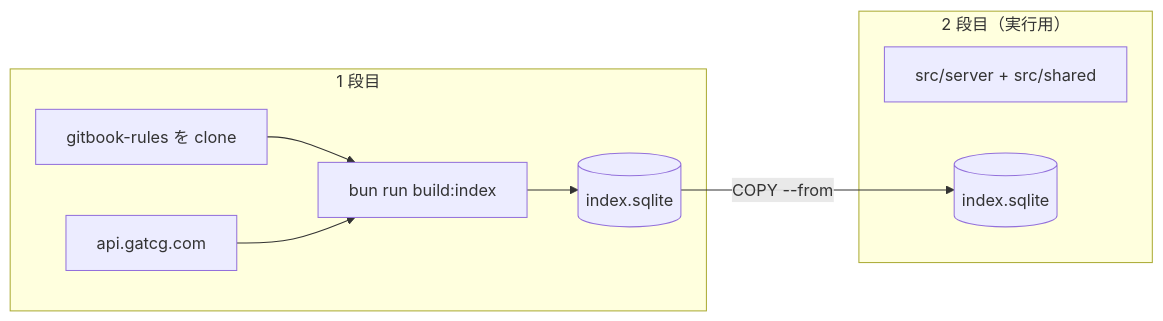
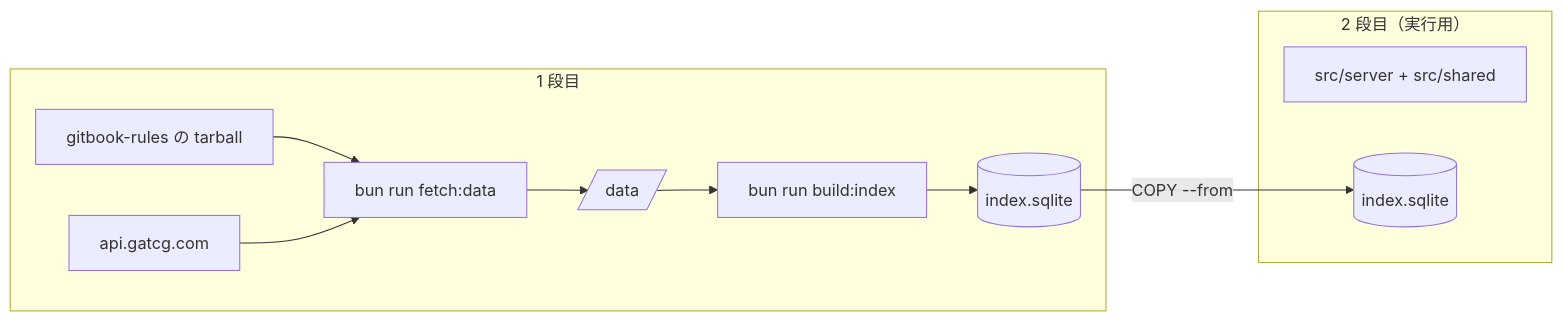
Before and after one commit to Luna-rab/ga-rules: the second of 3 diagrams in DESIGN.md, drawn with Mermaid. The commit also changed other lines of this file and 5 other files, not shown here.

First line of the commit message:
Fetch rules and card data into data/

````diff
--- a/DESIGN.md
+++ b/DESIGN.md
@@ -101,13 +111,15 @@
 ```mermaid
 flowchart LR
     subgraph S1["1 段目"]
-        C[gitbook-rules を clone] --> I[bun run build:index]
-        API[api.gatcg.com] --> I
+        GH[gitbook-rules の tarball] --> F[bun run fetch:data]
+        API[api.gatcg.com] --> F
+        F --> D[/data/]
+        D --> I[bun run build:index]
         I --> DB[(index.sqlite)]
     end
     subgraph S2["2 段目（実行用）"]
         SV[src/server + src/shared]
         DB2[(index.sqlite)]
     end
     DB -->|COPY --from| DB2
 ```
````
